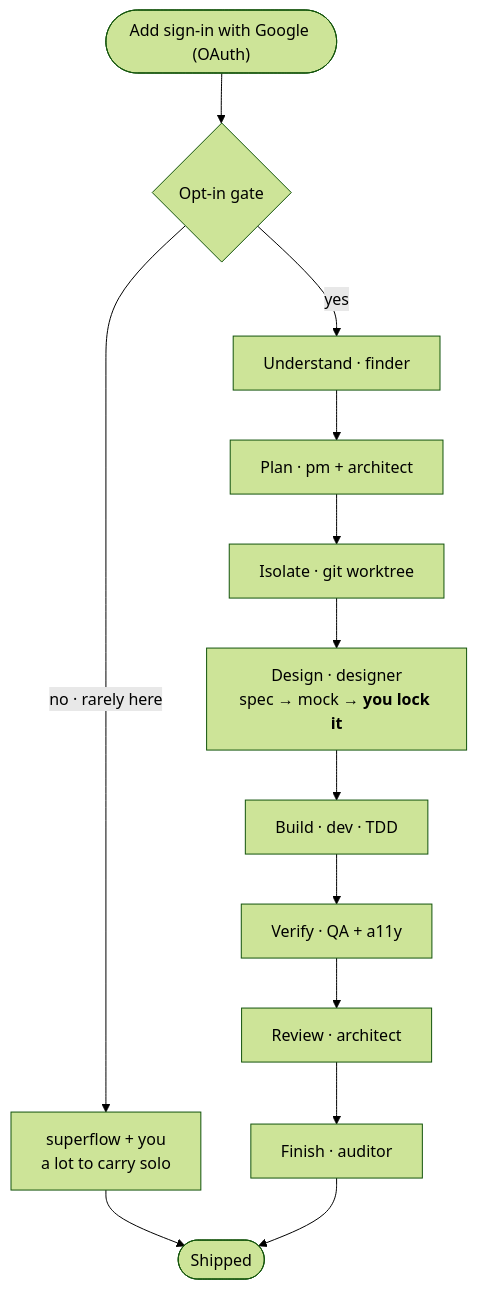
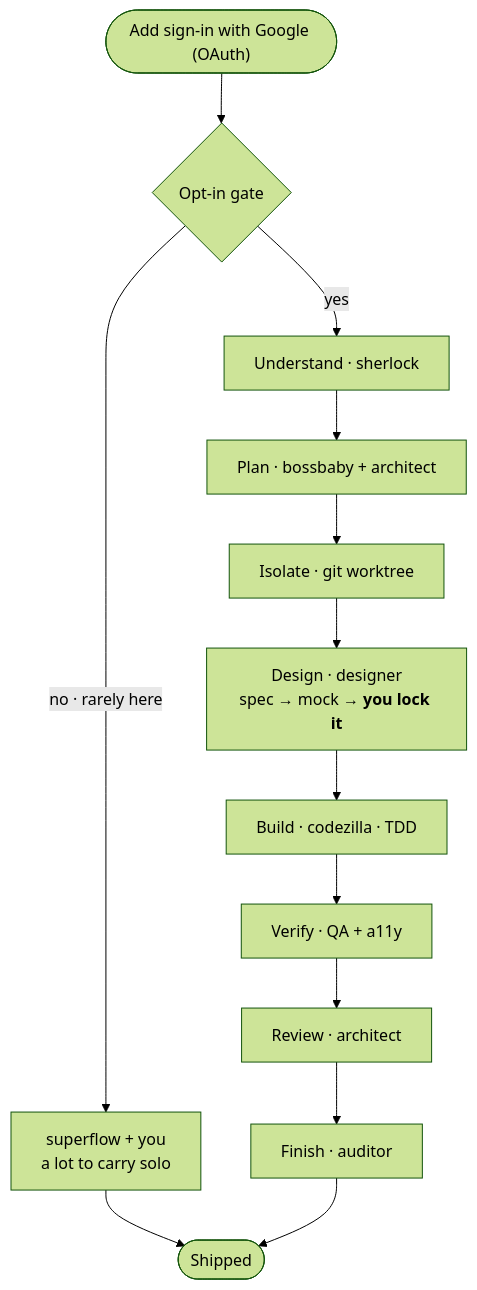
The third of 4 diagrams in README.md (cashwanikumar/superflow), drawn with Mermaid (forest theme) before and after one commit. The commit also changed other lines of this file and 18 other files, not shown here.

First line of the commit message:
Rename dev/finder/pm personas to codezilla/sherlock/bossbaby (#2)

````diff
--- a/README.md
+++ b/README.md
@@ -99,15 +99,15 @@
 ```mermaid
 flowchart TD
     Q(["Add sign-in with Google (OAuth)"]) --> G{"Opt-in gate"}
     G -->|"no · rarely here"| S["superflow + you<br/>a lot to carry solo"]
-    G -->|"yes"| U["Understand · finder"]
-    U --> P["Plan · pm + architect"]
+    G -->|"yes"| U["Understand · sherlock"]
+    U --> P["Plan · bossbaby + architect"]
     P --> I["Isolate · git worktree"]
     I --> DE["Design · designer<br/>spec → mock → <b>you lock it</b>"]
-    DE --> BU["Build · dev · TDD"]
+    DE --> BU["Build · codezilla · TDD"]
     BU --> V["Verify · QA + a11y"]
     V --> RE["Review · architect"]
     RE --> FI["Finish · auditor"]
     S --> Z([Shipped])
     FI --> Z
 ```
````
